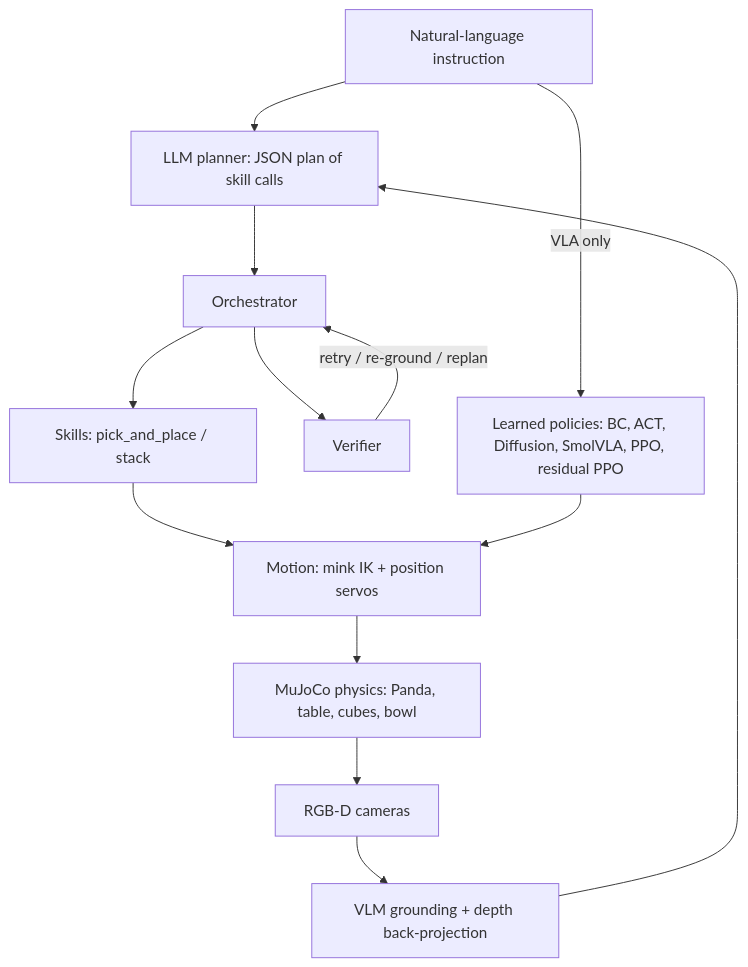
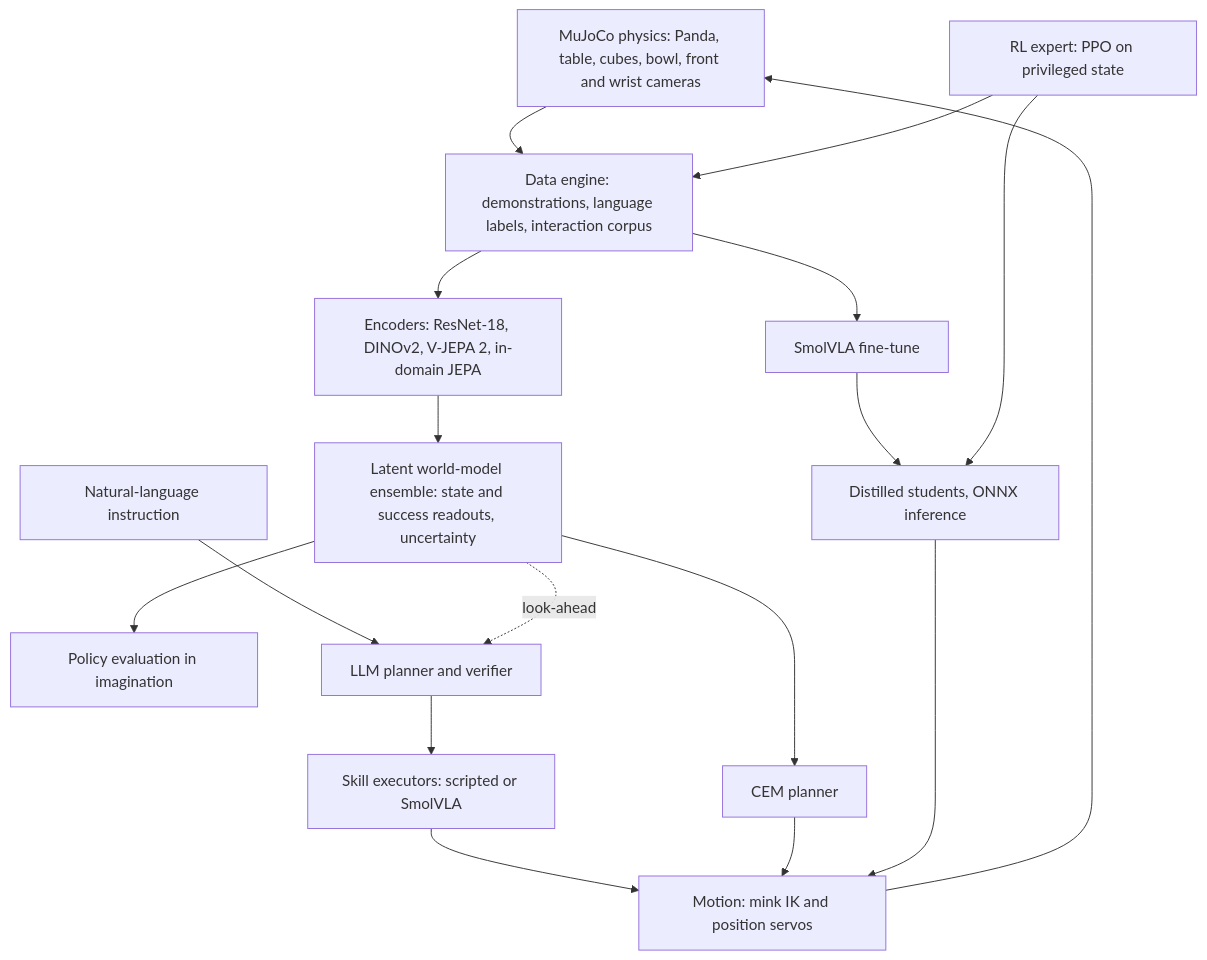
Before and after one commit to vabdollahi/blindspot: the diagram in docs/roadmap.md, drawn with Mermaid. The commit also changed other lines of this file and 5 other files, not shown here.

Commit message:
updating the roadmap

````diff
--- a/docs/roadmap.md
+++ b/docs/roadmap.md
@@ -57,15 +63,19 @@
 ```mermaid
 flowchart TB
-    U[Natural-language instruction] --> PL[LLM planner: JSON plan of skill calls]
-    CAM[RGB-D cameras] --> GR[VLM grounding + depth back-projection]
-    GR --> PL
-    PL --> OR[Orchestrator]
-    OR --> SK[Skills: pick_and_place / stack]
-    OR --> VE[Verifier]
-    VE -- retry / re-ground / replan --> OR
-    SK --> CT[Motion: mink IK + position servos]
-    U -- VLA only --> LP[Learned policies: BC, ACT, Diffusion, SmolVLA, PPO, residual PPO]
-    LP --> CT
-    CT --> PH[MuJoCo physics: Panda, table, cubes, bowl]
-    PH --> CAM
+    PH[MuJoCo physics: Panda, table, cubes, bowl, front and wrist cameras] --> DE[Data engine: demonstrations, language labels, interaction corpus]
+    RL[RL expert: PPO on privileged state] --> DE
+    DE --> VLA[SmolVLA fine-tune]
+    DE --> ENC[Encoders: ResNet-18, DINOv2, V-JEPA 2, in-domain JEPA]
+    ENC --> WM[Latent world-model ensemble: state and success readouts, uncertainty]
+    WM --> PLN[CEM planner]
+    WM --> PE[Policy evaluation in imagination]
+    VLA --> ST[Distilled students, ONNX inference]
+    RL --> ST
+    U[Natural-language instruction] --> AG[LLM planner and verifier]
+    AG --> EX[Skill executors: scripted or SmolVLA]
+    WM -. look-ahead .-> AG
+    EX --> CT[Motion: mink IK and position servos]
+    PLN --> CT
+    ST --> CT
+    CT --> PH
 ```
````
